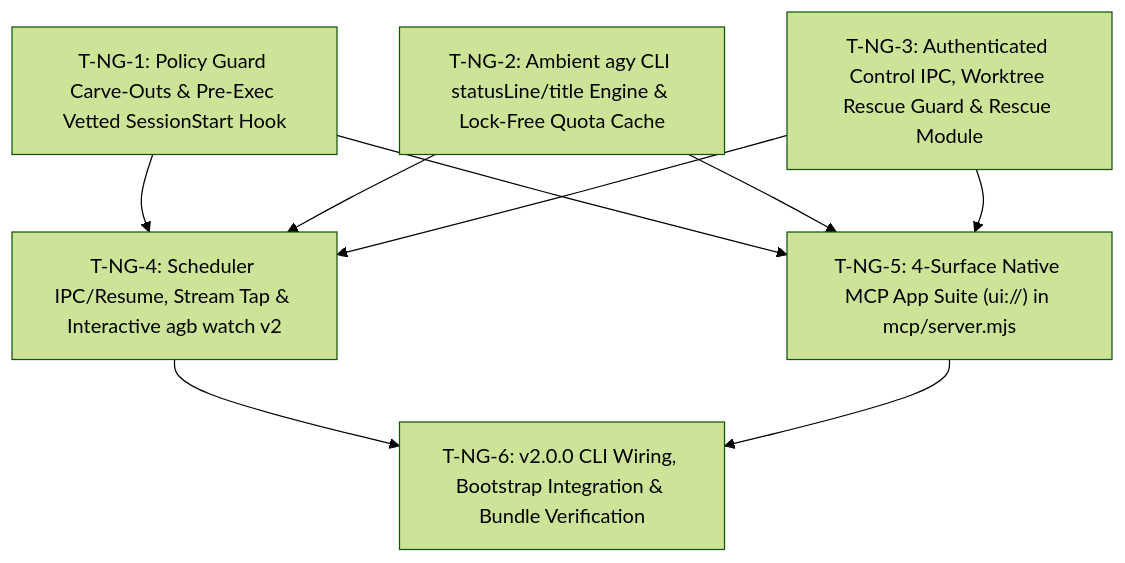
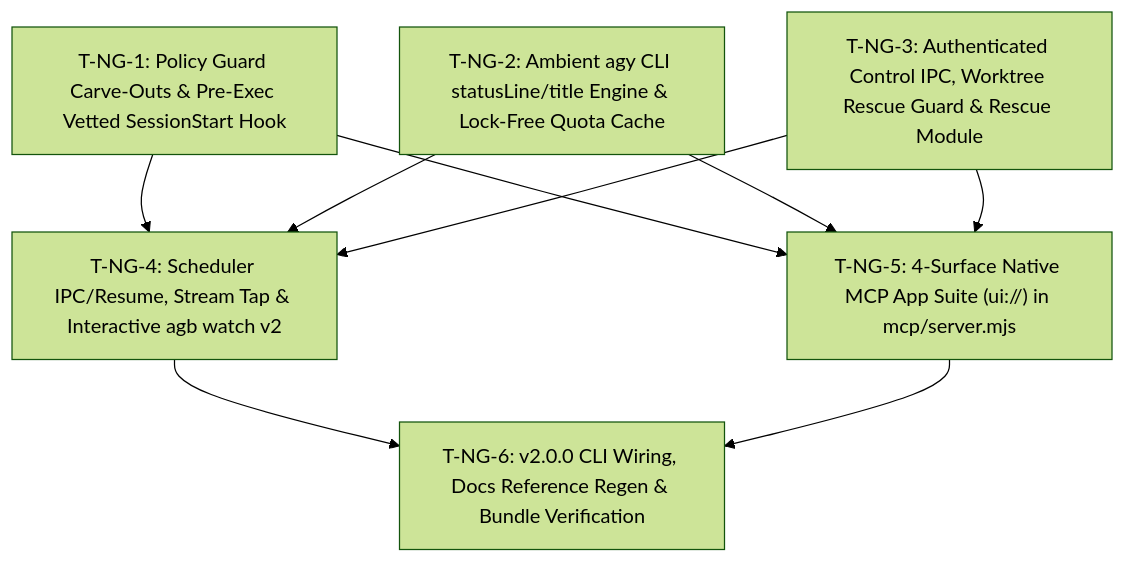
One commit to voodootikigod/antigravity-booster changed the diagram in specs/nextgen-cockpit-and-mcp-apps-spec.md. Above: the diagram before and after it, drawn with Mermaid (forest theme). The commit also changed other lines of this file, not shown here.

````diff
--- a/specs/nextgen-cockpit-and-mcp-apps-spec.md
+++ b/specs/nextgen-cockpit-and-mcp-apps-spec.md
@@ -37,18 +39,18 @@
 ```mermaid
 graph TD
     T1["T-NG-1: Policy Guard Carve-Outs & Pre-Exec Vetted SessionStart Hook"]
     T2["T-NG-2: Ambient agy CLI statusLine/title Engine & Lock-Free Quota Cache"]
     T3["T-NG-3: Authenticated Control IPC, Worktree Rescue Guard & Rescue Module"]
     T4["T-NG-4: Scheduler IPC/Resume, Stream Tap & Interactive agb watch v2"]
     T5["T-NG-5: 4-Surface Native MCP App Suite (ui://) in mcp/server.mjs"]
-    T6["T-NG-6: v2.0.0 CLI Wiring, Bootstrap Integration & Bundle Verification"]
+    T6["T-NG-6: v2.0.0 CLI Wiring, Docs Reference Regen & Bundle Verification"]
 
     T1 --> T4
     T1 --> T5
     T2 --> T4
     T2 --> T5
     T3 --> T4
     T3 --> T5
     T4 --> T6
     T5 --> T6
 ```
````
